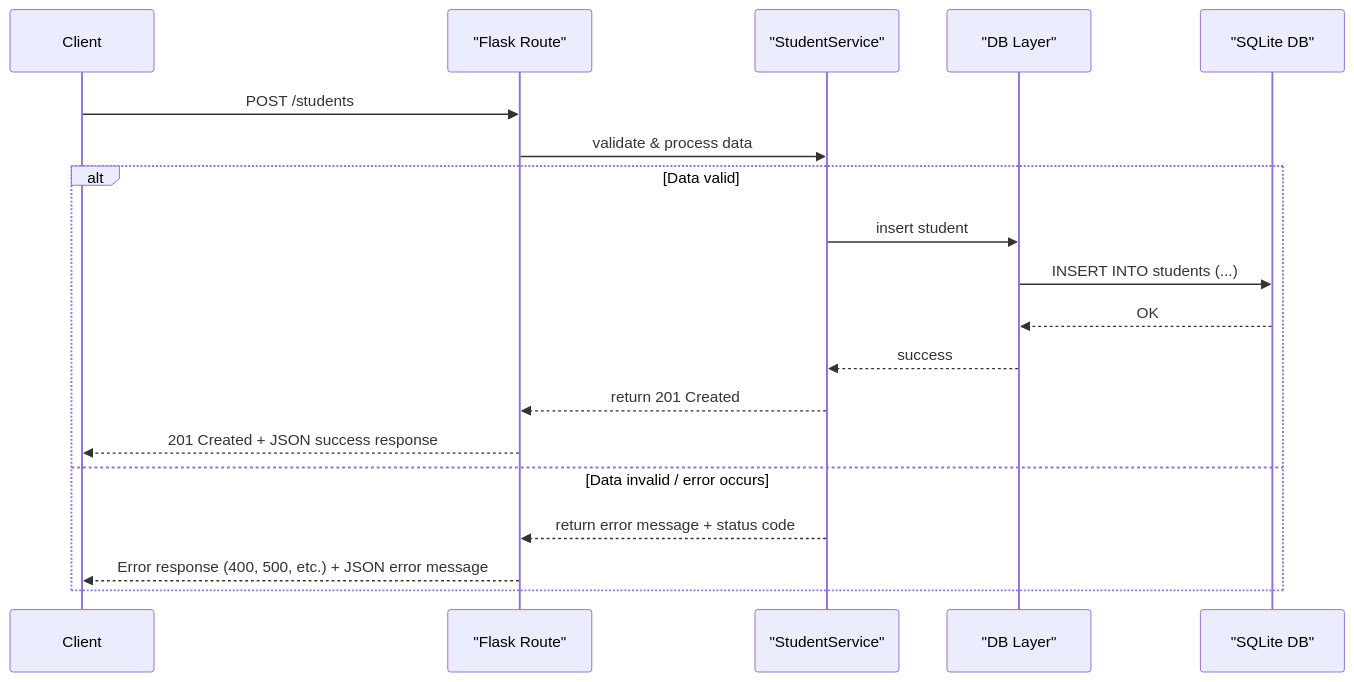
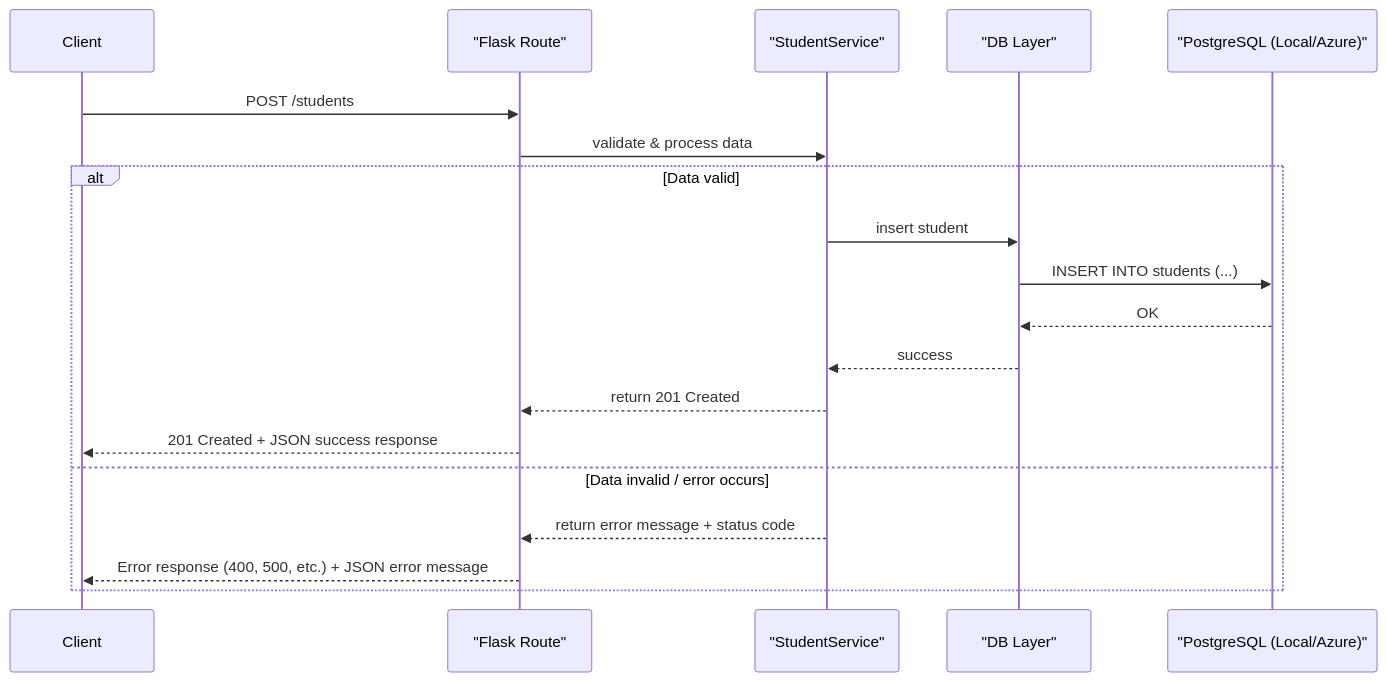
The second of 2 diagrams in docs/architecture.md (victoriacheng15/school-management-api), drawn with Mermaid before and after one commit. The commit also changed other lines of this file, not shown here.

````diff
--- a/docs/architecture.md
+++ b/docs/architecture.md
@@ -50,22 +63,22 @@
 ```mermaid
 sequenceDiagram
     participant Client
     participant Flask as "Flask Route"
     participant Service as "StudentService"
     participant DB as "DB Layer"
-    participant SQLite as "SQLite DB"
+    participant PostgreSQL as "PostgreSQL (Local/Azure)"
 
     Client->>Flask: POST /students
     Flask->>Service: validate & process data
     alt Data valid
         Service->>DB: insert student
-        DB->>SQLite: INSERT INTO students (...)
-        SQLite-->>DB: OK
+        DB->>PostgreSQL: INSERT INTO students (...)
+        PostgreSQL-->>DB: OK
         DB-->>Service: success
         Service-->>Flask: return 201 Created
         Flask-->>Client: 201 Created + JSON success response
     else Data invalid / error occurs
         Service-->>Flask: return error message + status code
         Flask-->>Client: Error response (400, 500, etc.) + JSON error message
     end
 ```
````
